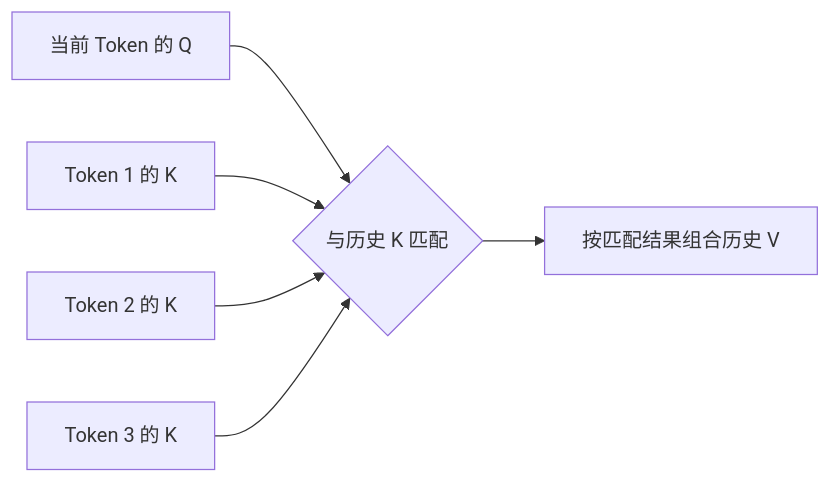
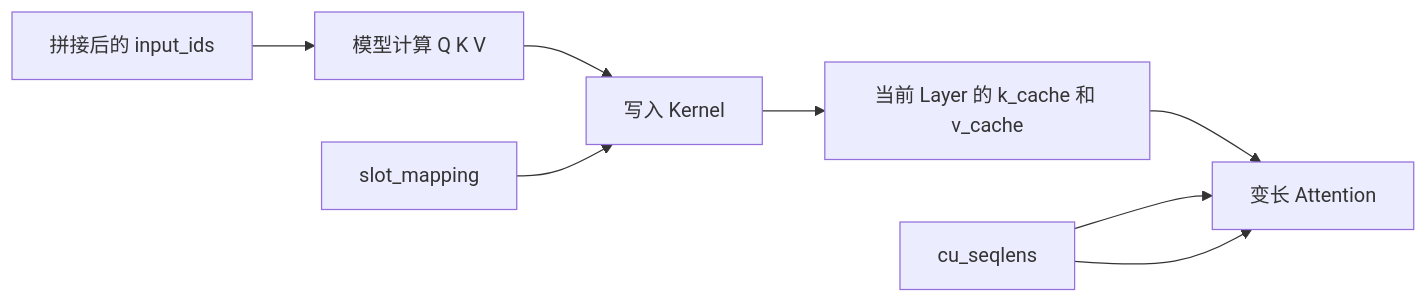
One commit to hotttao/backup changed the first of 2 diagrams in posts/aigc/llm_engine/002_kv.md. Above: the diagram before and after it, drawn with Mermaid. The commit also changed other lines of this file, not shown here.

````diff
--- a/posts/aigc/llm_engine/002_kv.md
+++ b/posts/aigc/llm_engine/002_kv.md
@@ -74,8 +469,10 @@
 ```mermaid
 flowchart LR
-    Q[当前 Token 的 Q] --> M{与历史 K 匹配}
-    K1[Token 1 的 K] --> M
-    K2[Token 2 的 K] --> M
-    K3[Token 3 的 K] --> M
-    M --> V[按匹配结果组合历史 V]
+    I[拼接后的 input_ids] --> Q[模型计算 Q K V]
+    S[slot_mapping] --> W[写入 Kernel]
+    Q --> W
+    W --> K[当前 Layer 的 k_cache 和 v_cache]
+    T[cu_seqlens] --> A[变长 Attention]
+    K --> A
+    T --> A
 ```
````
